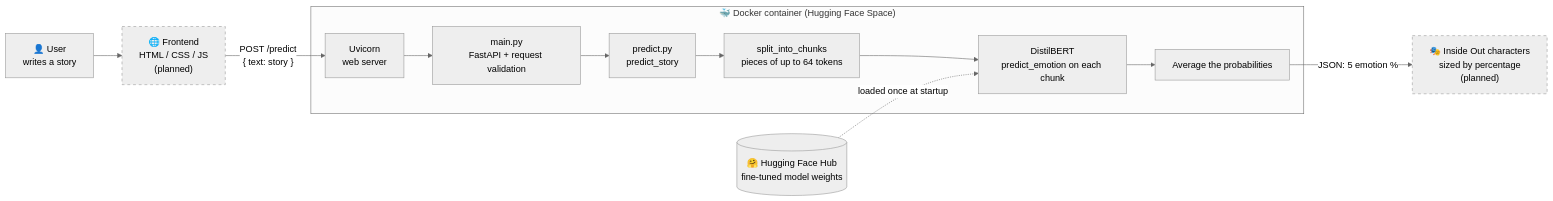
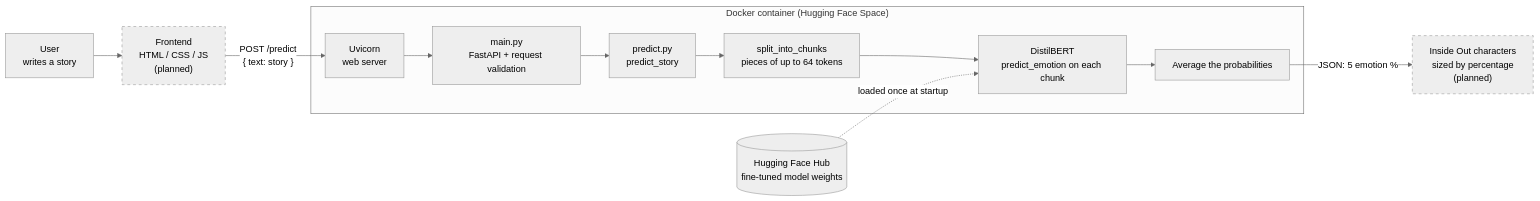
One commit to tishasetia13/inside-out-emotion-classifier changed the diagram in README.md. Above: the diagram before and after it, drawn with Mermaid (neutral theme).

````diff
--- a/README.md
+++ b/README.md
@@ -4,19 +4,19 @@
 ```mermaid
 flowchart LR
-    User["👤 User<br/>writes a story"] --> Frontend["🌐 Frontend<br/>HTML / CSS / JS<br/>(planned)"]
+    User["User<br/>writes a story"] --> Frontend["Frontend<br/>HTML / CSS / JS<br/>(planned)"]
     Frontend -- "POST /predict<br/>{ text: story }" --> Uvicorn
 
-    subgraph Docker["🐳 Docker container (Hugging Face Space)"]
+    subgraph Docker["Docker container (Hugging Face Space)"]
         Uvicorn["Uvicorn<br/>web server"] --> FastAPI["main.py<br/>FastAPI + request validation"]
         FastAPI --> Predict["predict.py<br/>predict_story"]
         Predict --> Chunk["split_into_chunks<br/>pieces of up to 64 tokens"]
         Chunk --> Model["DistilBERT<br/>predict_emotion on each chunk"]
         Model --> Avg["Average the probabilities"]
     end
 
-    Hub[("🤗 Hugging Face Hub<br/>fine-tuned model weights")] -. "loaded once at startup" .-> Model
-    Avg -- "JSON: 5 emotion %" --> Characters["🎭 Inside Out characters<br/>sized by percentage<br/>(planned)"]
+    Hub[("Hugging Face Hub<br/>fine-tuned model weights")] -. "loaded once at startup" .-> Model
+    Avg -- "JSON: 5 emotion %" --> Characters["Inside Out characters<br/>sized by percentage<br/>(planned)"]
 
     classDef planned stroke-dasharray: 5 5;
     class Frontend,Characters planned;
 ```
````
